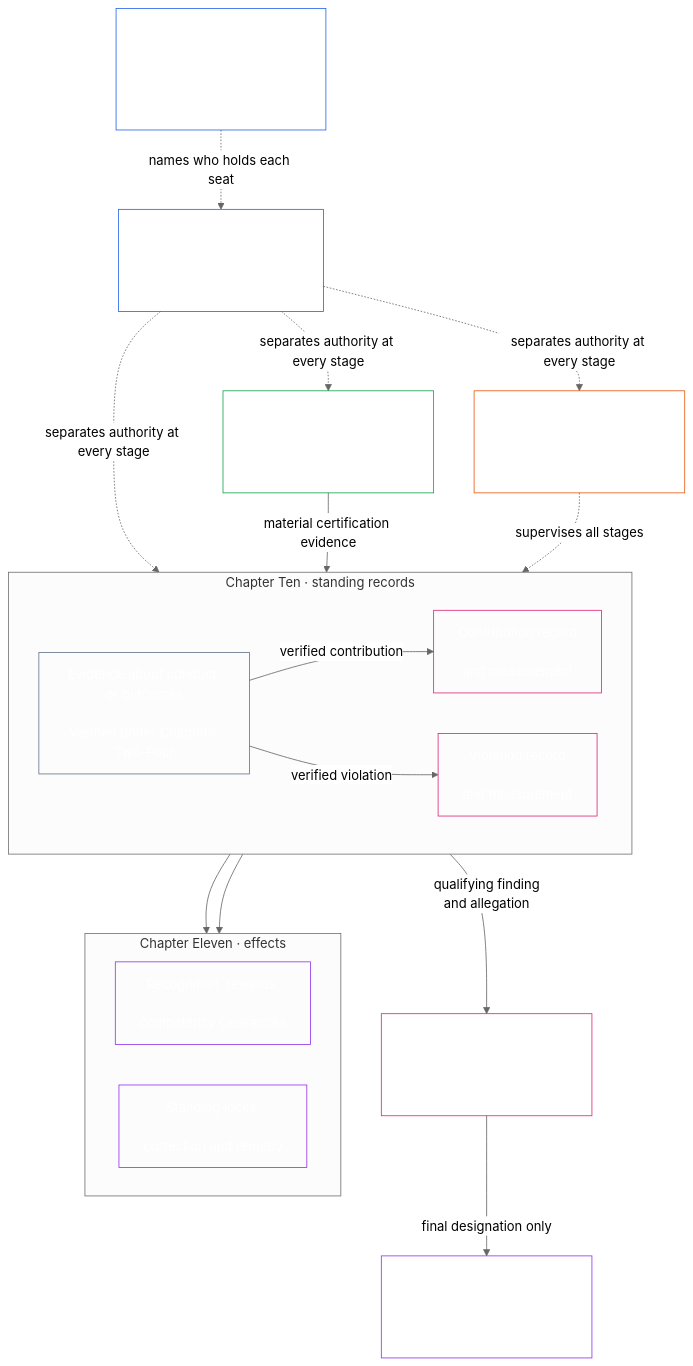
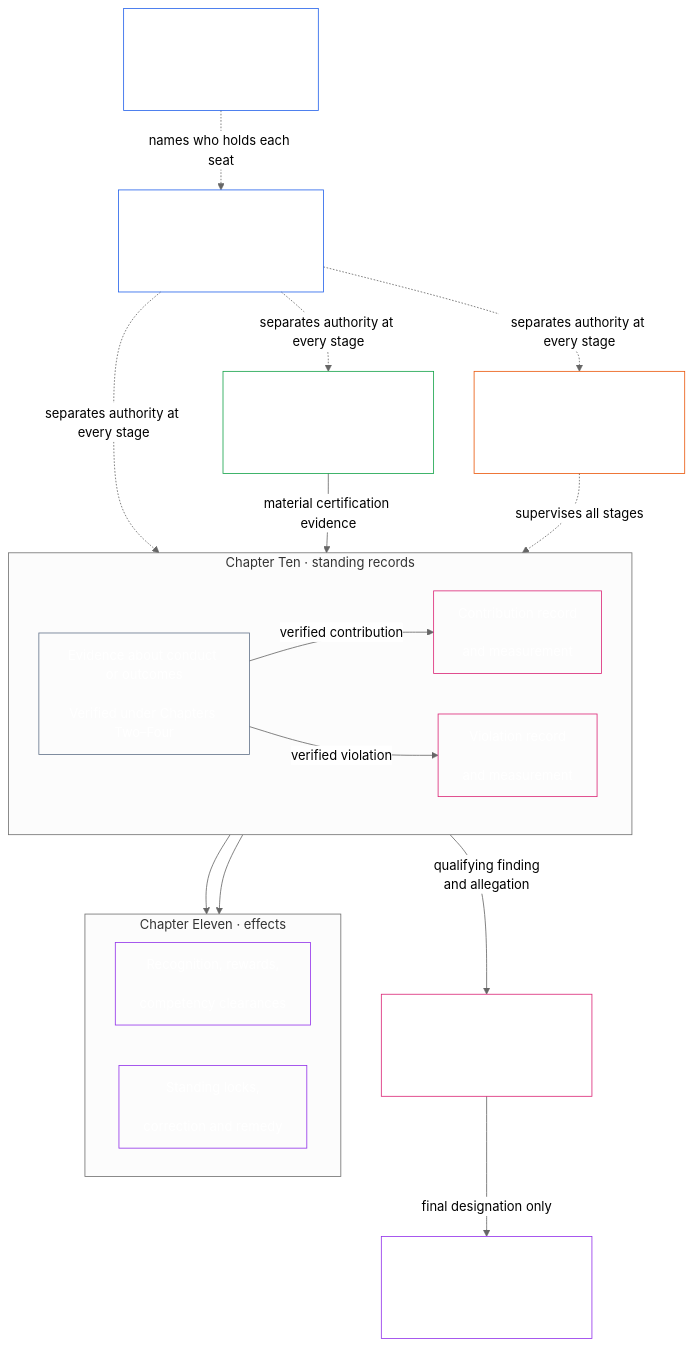
Before and after one commit to kfoelsch/Sentient_Constitution: the third of 3 diagrams in core_00_preamble.md, drawn with Mermaid (neutral theme). The commit also changed other lines of this file and 18 other files, not shown here.

````diff
--- a/core_00_preamble.md
+++ b/core_00_preamble.md
@@ -344,43 +344,43 @@
 ```mermaid
 flowchart TB
-    H["Chapter Seven<br/><br/>System and Institutional<br/>Charters: published scope<br/>and seat map"]
+    H["Chapter Seven<br/><br/>System and Institutional<br/>Charters"]
     D["Chapter Eight<br/><br/>Functional independence<br/>and segregation of duties"]
     S["Chapter Nine<br/><br/>System alignment certification"]
     subgraph Q["Chapter Ten · standing records"]
         direction LR
         E["Evidence about conduct or outcomes<br/><br/>Verified under Chapters Two–Four"]
         C["Contribution record<br/><br/>and measurement"]
         V["Violation record<br/><br/>and measurement"]
     end
     subgraph N["Chapter Eleven · effects"]
         direction LR
         U["Recognition, rewards,<br/><br/>competency clearances"]
         R["Standing locks,<br/><br/>correction and remedy"]
     end
     M["Chapter Twelve<br/><br/>Anti-constitutional misconduct review"]
     L["Chapter Eleven<br/><br/>Anti-Constitutional Trust Lock"]
     F["Chapter Thirteen forums<br/><br/>Supervision, challenge and timely review"]
     H -.->|names who holds each seat| D
     D -.->|separates authority at every stage| S
     D -.->|separates authority at every stage| E
     D -.->|separates authority at every stage| F
     C --> U
     V --> R
     M -->|final designation only| L
     V -->|qualifying finding<br/>and allegation| M
     S -->|material certification evidence| E
     E -->|verified contribution| C
     E -->|verified violation| V
     F -.->|supervises all stages| E
     style H fill:none,stroke:#2563eb,color:#ffffff
     style D fill:none,stroke:#2563eb,color:#ffffff
     style S fill:none,stroke:#16a34a,color:#ffffff
     style E fill:none,stroke:#64748b,color:#ffffff
     style C fill:none,stroke:#db2777,color:#ffffff
     style V fill:none,stroke:#db2777,color:#ffffff
     style U fill:none,stroke:#9333ea,color:#ffffff
     style R fill:none,stroke:#9333ea,color:#ffffff
     style M fill:none,stroke:#db2777,color:#ffffff
     style L fill:none,stroke:#9333ea,color:#ffffff
     style F fill:none,stroke:#ea580c,color:#ffffff
 ```
````
